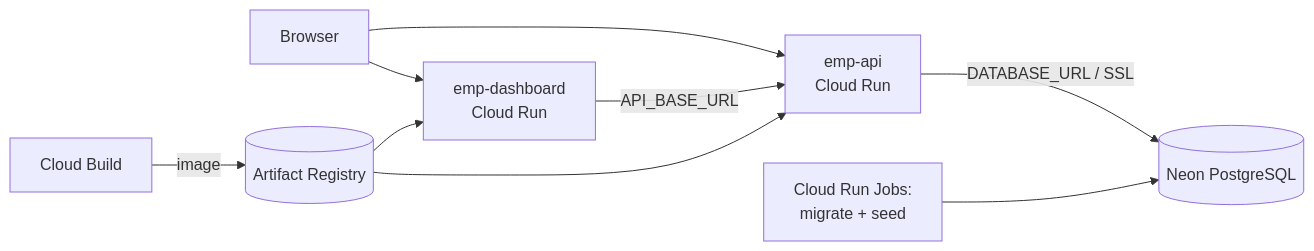
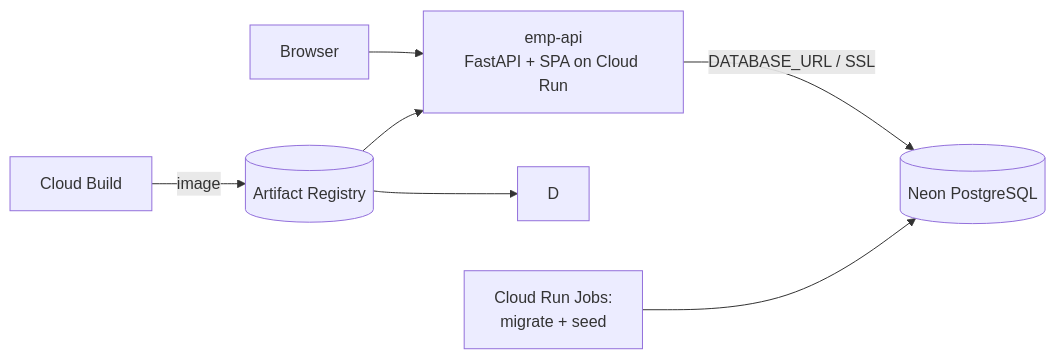
Before and after one commit to goldenyolf/energy-matching-platform: the diagram in docs/deployment-cloudrun.md, drawn with Mermaid. The commit also changed other lines of this file and 23 other files, not shown here.

First line of the commit message:
chore(retire-streamlit): remove the Streamlit dashboard; SPA is the only frontend

````diff
--- a/docs/deployment-cloudrun.md
+++ b/docs/deployment-cloudrun.md
@@ -8,11 +8,9 @@
 ```mermaid
 flowchart LR
-    U[Browser] --> D[emp-dashboard<br/>Cloud Run]
-    U --> A[emp-api<br/>Cloud Run]
-    D -->|API_BASE_URL| A
+    U[Browser] --> A[emp-api<br/>FastAPI + SPA on Cloud Run]
     A -->|DATABASE_URL / SSL| N[(Neon PostgreSQL)]
     B[Cloud Build] -->|image| AR[(Artifact Registry)]
     AR --> A
     AR --> D
     J[Cloud Run Jobs:<br/>migrate + seed] --> N
 ```
````
